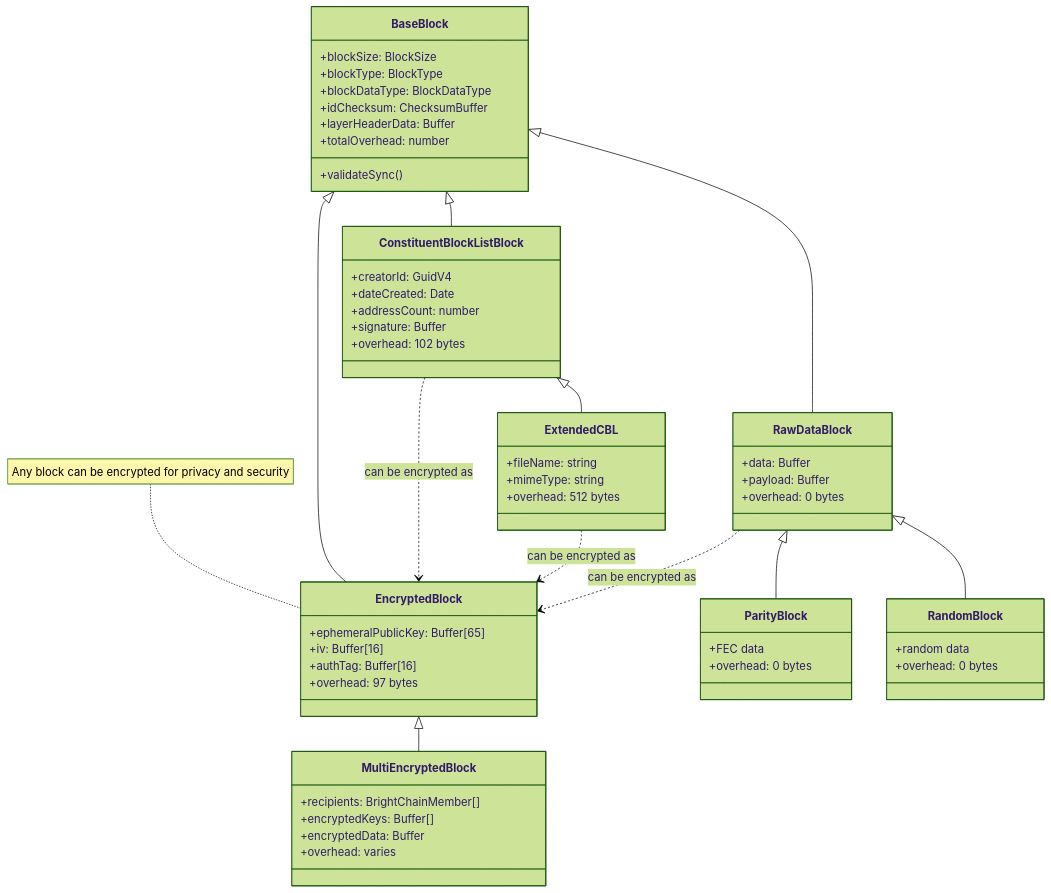
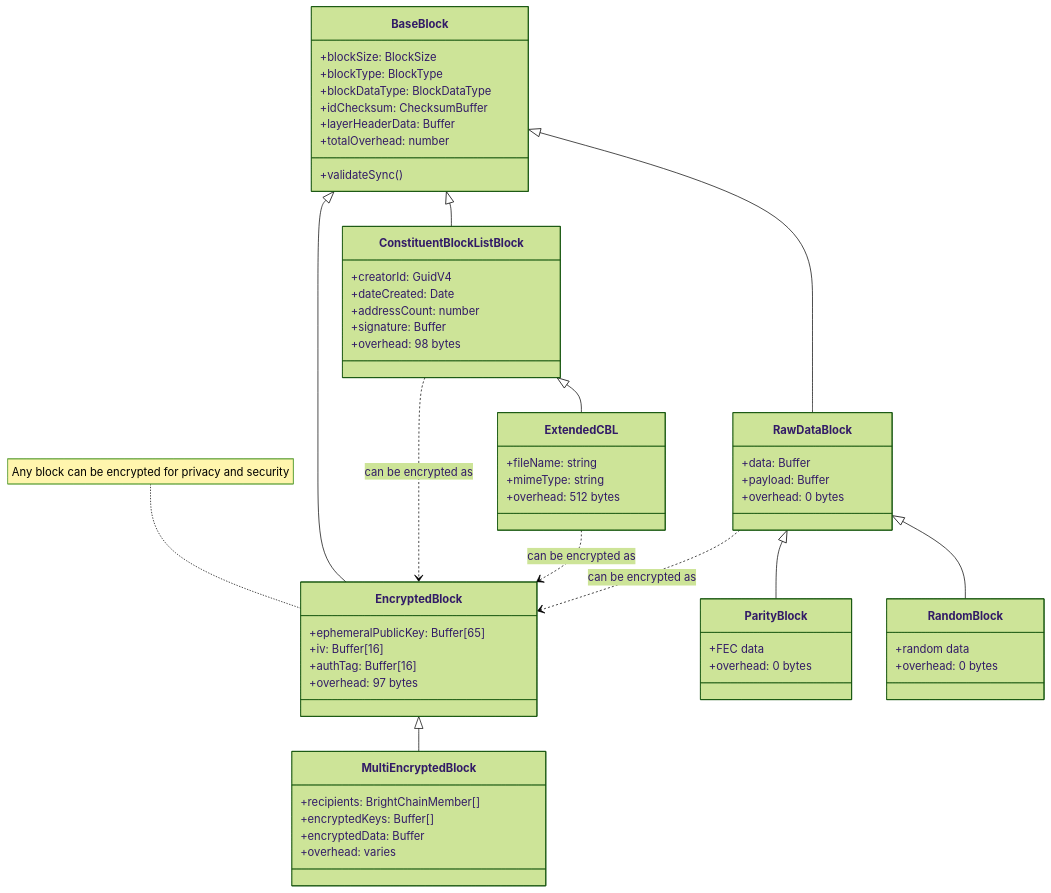
The first of 2 diagrams in docs/blockHierarchy.md (Digital-Defiance/BrightChain), drawn with Mermaid (forest theme) before and after one commit. The commit also changed 287 other files, not shown here.

````diff
--- a/docs/blockHierarchy.md
+++ b/docs/blockHierarchy.md
@@ -128,73 +128,73 @@
 ```mermaid
 classDiagram
     %% Base Inheritance
     BaseBlock <|-- RawDataBlock
     BaseBlock <|-- EncryptedBlock
     BaseBlock <|-- ConstituentBlockListBlock
     RawDataBlock <|-- ParityBlock
     RawDataBlock <|-- RandomBlock
     EncryptedBlock <|-- MultiEncryptedBlock
     ConstituentBlockListBlock <|-- ExtendedCBL
 
     %% Encryption Capabilities
     ConstituentBlockListBlock ..> EncryptedBlock: can be encrypted as
     ExtendedCBL ..> EncryptedBlock: can be encrypted as
     RawDataBlock ..> EncryptedBlock: can be encrypted as
 
     class BaseBlock {
         +blockSize: BlockSize
         +blockType: BlockType
         +blockDataType: BlockDataType
         +idChecksum: ChecksumBuffer
         +layerHeaderData: Buffer
         +totalOverhead: number
         +validateSync()
     }
 
     class RawDataBlock {
         +data: Buffer
         +payload: Buffer
         +overhead: 0 bytes
     }
 
     class EncryptedBlock {
         +ephemeralPublicKey: Buffer[65]
         +iv: Buffer[16]
         +authTag: Buffer[16]
         +overhead: 97 bytes
     }
 
     class ConstituentBlockListBlock {
         +creatorId: GuidV4
         +dateCreated: Date
         +addressCount: number
         +signature: Buffer
-        +overhead: 102 bytes
+        +overhead: 98 bytes
     }
 
     class ExtendedCBL {
         +fileName: string
         +mimeType: string
         +overhead: 512 bytes
     }
 
     class MultiEncryptedBlock {
         +recipients: BrightChainMember[]
         +encryptedKeys: Buffer[]
         +encryptedData: Buffer
         +overhead: varies
     }
 
     class ParityBlock {
         +FEC data
         +overhead: 0 bytes
     }
 
     class RandomBlock {
         +random data
         +overhead: 0 bytes
     }
 
     %% Note
     note for EncryptedBlock "Any block can be encrypted for privacy and security"
 ```
````
